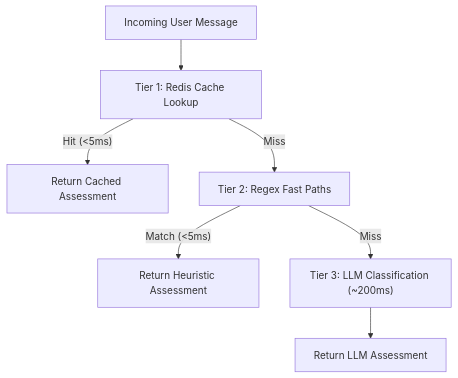
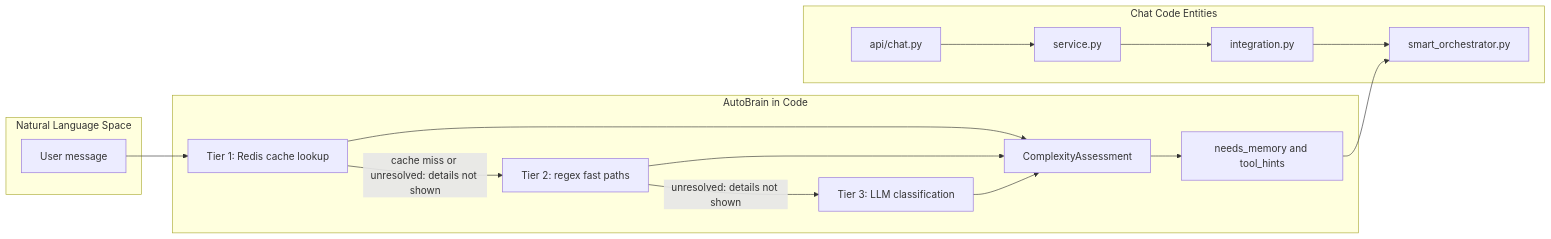
Before and after one commit to AutomatosAI/automatos-ai: the first of 4 diagrams in docs/chat-interface/complexity-assessment-autobrain.md, drawn with Mermaid. The commit also changed other lines of this file and 188 other files, not shown here.

First line of the commit message:
docs: refresh architecture docs and add coverage for new subsystems (#1416)

````diff
--- a/docs/chat-interface/complexity-assessment-autobrain.md
+++ b/docs/chat-interface/complexity-assessment-autobrain.md
@@ -74,9 +73,28 @@
 ```mermaid
-graph TD
-    IncomingMsg["Incoming User Message"] --> Tier1["Tier 1: Redis Cache Lookup"]
-    Tier1 -- "Hit (<5ms)" --> ReturnCache["Return Cached Assessment"]
-    Tier1 -- "Miss" --> Tier2["Tier 2: Regex Fast Paths"]
-    Tier2 -- "Match (<5ms)" --> ReturnRegex["Return Heuristic Assessment"]
-    Tier2 -- "Miss" --> Tier3["Tier 3: LLM Classification (~200ms)"]
-    Tier3 --> ReturnLLM["Return LLM Assessment"]
+flowchart LR
+    subgraph "Natural Language Space"
+        Message["User message"]
+    end
+    subgraph "AutoBrain in Code"
+        Cache["Tier 1: Redis cache lookup"]
+        Regex["Tier 2: regex fast paths"]
+        LLM["Tier 3: LLM classification"]
+        Assessment["ComplexityAssessment"]
+        Fields["needs_memory and tool_hints"]
+    end
+    subgraph "Chat Code Entities"
+        API["api/chat.py"]
+        Service["service.py"]
+        Integration["integration.py"]
+        Orchestrator["smart_orchestrator.py"]
+    end
+    Message --> Cache
+    Cache -->|"cache miss or unresolved: details not shown"| Regex
+    Regex -->|"unresolved: details not shown"| LLM
+    Cache --> Assessment
+    Regex --> Assessment
+    LLM --> Assessment
+    Assessment --> Fields
+    API --> Service --> Integration --> Orchestrator
+    Fields --> Orchestrator
 ```
````
